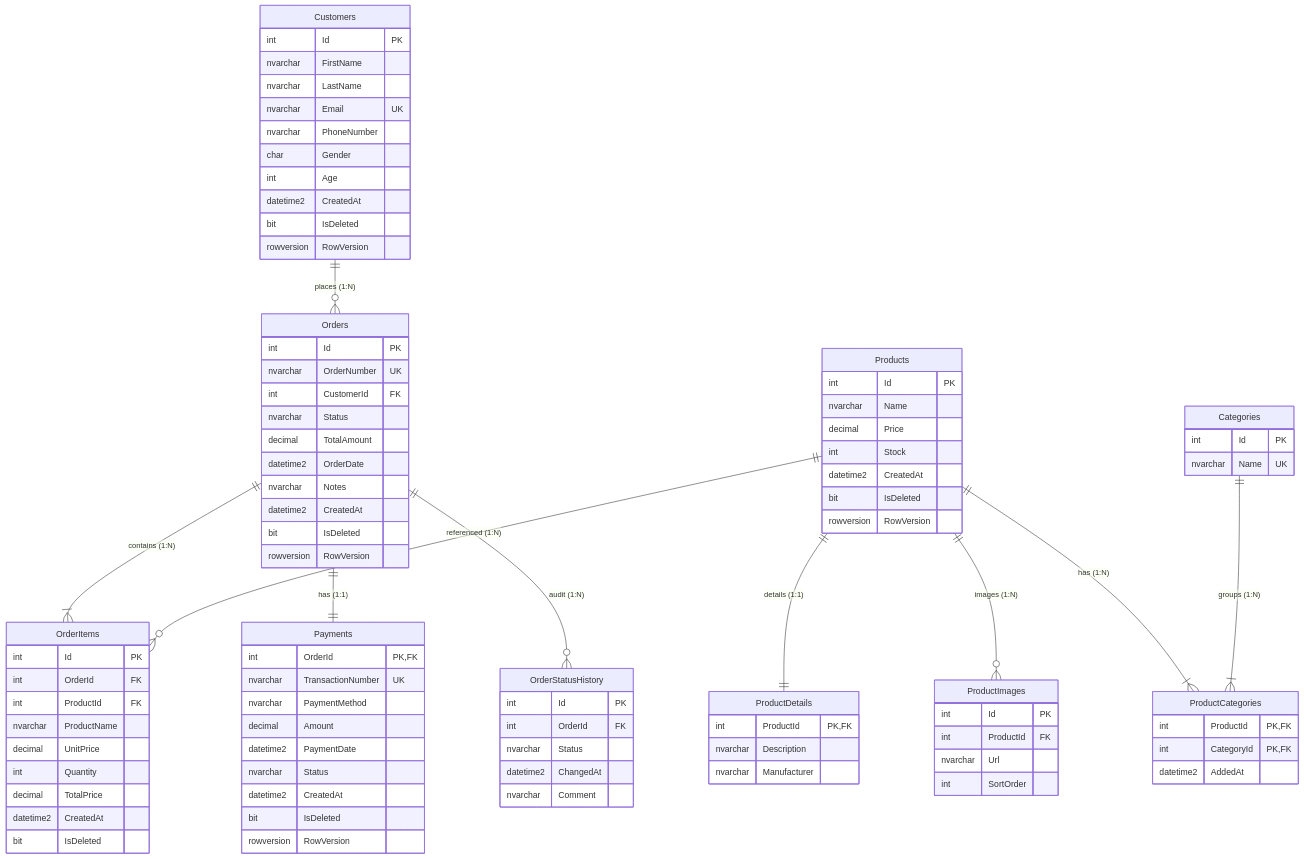
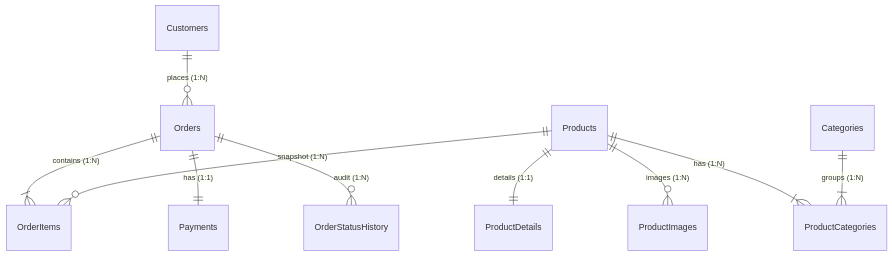
Before and after one commit to kazikSUPER/dotnet-web-engineering: the second of 2 diagrams in README.md, drawn with Mermaid. The commit also changed other lines of this file and 1 other file, not shown here.

````diff
--- a/README.md
+++ b/README.md
@@ -47,103 +352,11 @@
 erDiagram
     Customers ||--o{ Orders : "places (1:N)"
     Orders ||--|{ OrderItems : "contains (1:N)"
-    Products ||--o{ OrderItems : "referenced (1:N)"
     Orders ||--|| Payments : "has (1:1)"
     Orders ||--o{ OrderStatusHistory : "audit (1:N)"
+    Products ||--o{ OrderItems : "snapshot (1:N)"
     Products ||--|| ProductDetails : "details (1:1)"
     Products ||--o{ ProductImages : "images (1:N)"
     Products ||--|{ ProductCategories : "has (1:N)"
     Categories ||--|{ ProductCategories : "groups (1:N)"
-
-    Customers {
-        int Id PK
-        nvarchar FirstName
-        nvarchar LastName
-        nvarchar Email UK
-        nvarchar PhoneNumber
-        char Gender
-        int Age
-        datetime2 CreatedAt
-        bit IsDeleted
-        rowversion RowVersion
-    }
-
-    Products {
-        int Id PK
-        nvarchar Name
-        decimal Price
-        int Stock
-        datetime2 CreatedAt
-        bit IsDeleted
-        rowversion RowVersion
-    }
-
-    Categories {
-        int Id PK
-        nvarchar Name UK
-    }
-
-    ProductCategories {
-        int ProductId PK, FK
-        int CategoryId PK, FK
-        datetime2 AddedAt
-    }
-
-    ProductDetails {
-        int ProductId PK, FK
-        nvarchar Description
-        nvarchar Manufacturer
-    }
-
-    ProductImages {
-        int Id PK
-        int ProductId FK
-        nvarchar Url
-        int SortOrder
-    }
-
-    Orders {
-        int Id PK
-        nvarchar OrderNumber UK
-        int CustomerId FK
-        nvarchar Status
-        decimal TotalAmount
-        datetime2 OrderDate
-        nvarchar Notes
-        datetime2 CreatedAt
-        bit IsDeleted
-        rowversion RowVersion
-    }
-
-    OrderItems {
-        int Id PK
-        int OrderId FK
-        int ProductId FK
-        nvarchar ProductName
-        decimal UnitPrice
-        int Quantity
-        decimal TotalPrice
-        datetime2 CreatedAt
-        bit IsDeleted
-    }
-
-    OrderStatusHistory {
-        int Id PK
-        int OrderId FK
-        nvarchar Status
-        datetime2 ChangedAt
-        nvarchar Comment
-    }
-
-    Payments {
-        int OrderId PK, FK
-        nvarchar TransactionNumber UK
-        nvarchar PaymentMethod
-        decimal Amount
-        datetime2 PaymentDate
-        nvarchar Status
-        datetime2 CreatedAt
-        bit IsDeleted
-        rowversion RowVersion
-    }
 ```
````
